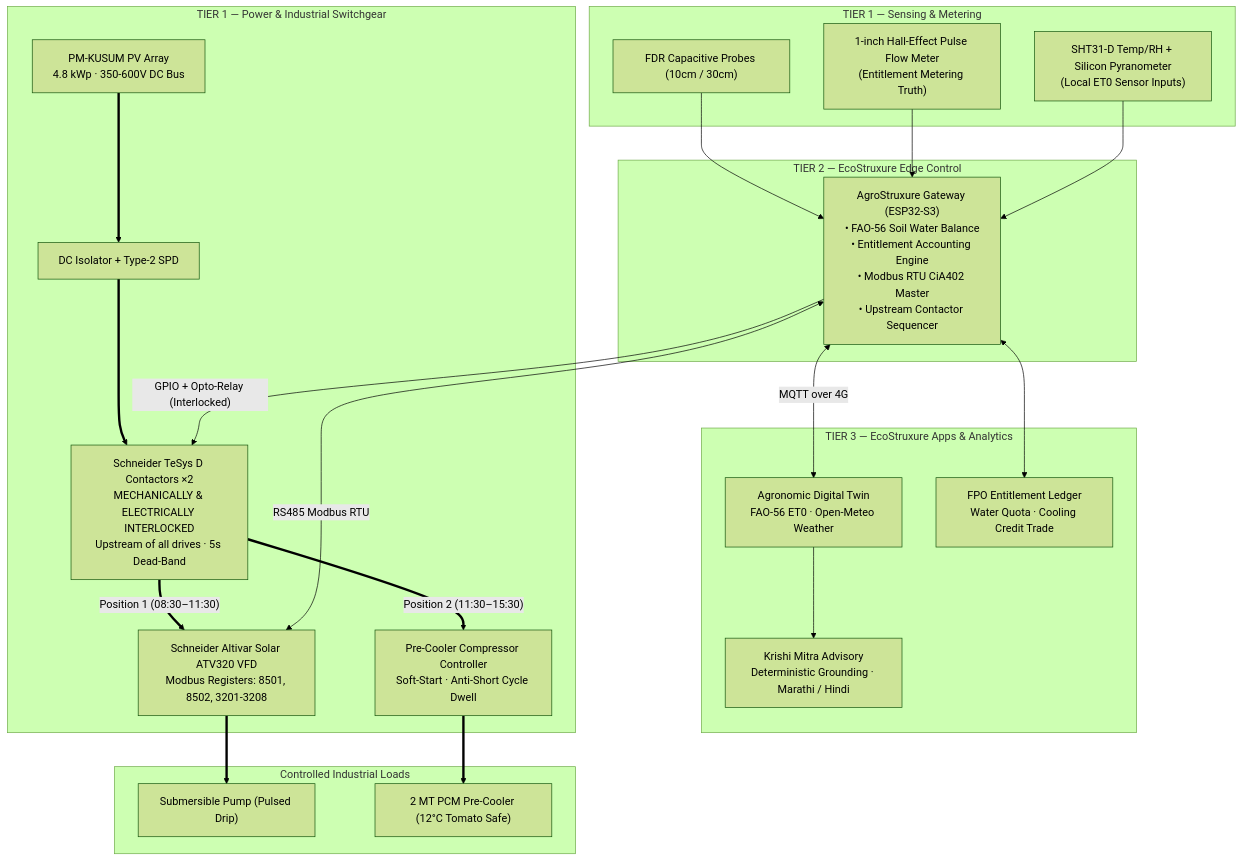
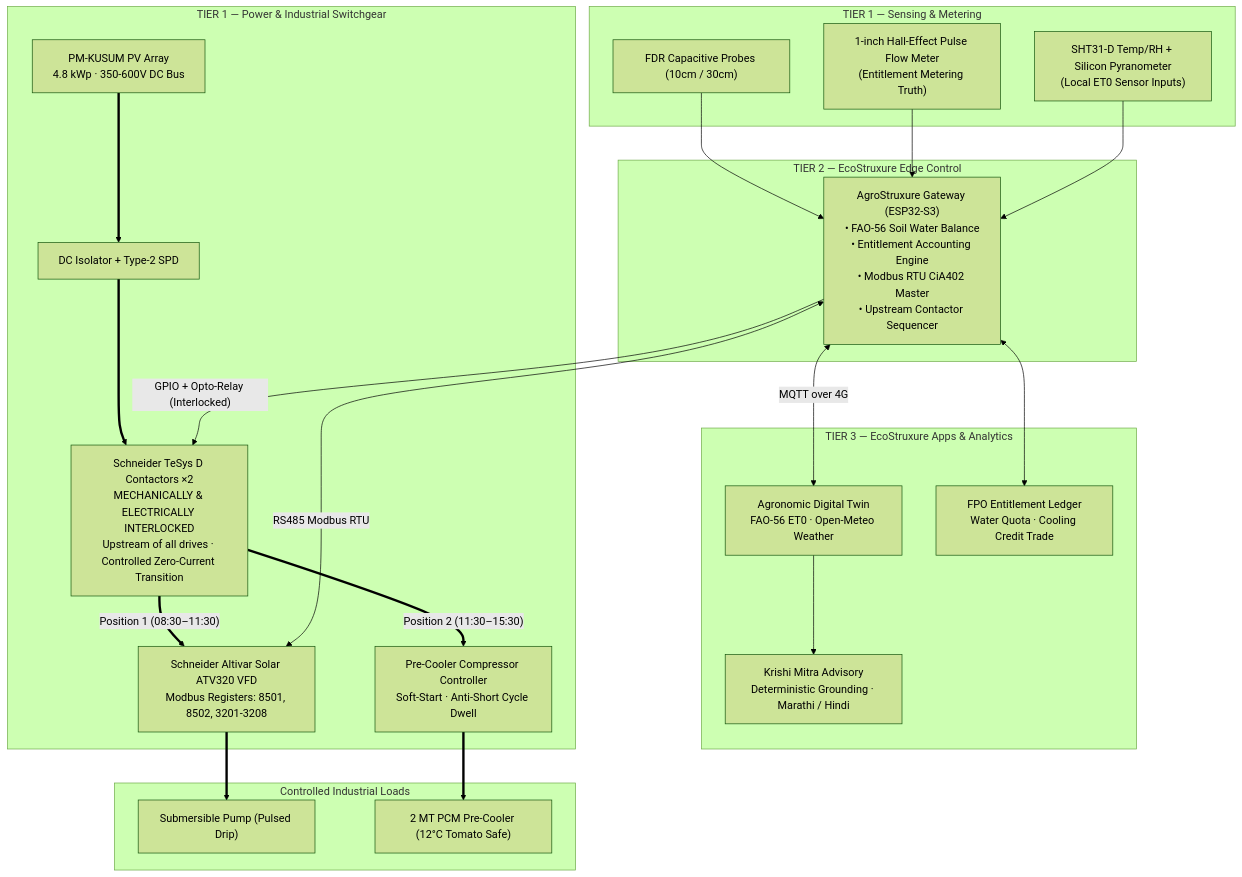
Before and after one commit to SanTiwari07/YYHackathon: the diagram in research/11_SUBMISSION/PROPOSAL.md, drawn with Mermaid (forest theme). The commit also changed other lines of this file and 28 other files, not shown here.

````diff
--- a/research/11_SUBMISSION/PROPOSAL.md
+++ b/research/11_SUBMISSION/PROPOSAL.md
@@ -103,44 +177,44 @@
 ```mermaid
 flowchart TD
     subgraph T3["TIER 3 — EcoStruxure Apps &amp; Analytics"]
         TWIN["Agronomic Digital Twin<br/>FAO-56 ET0 · Open-Meteo Weather"]
         LEDGER["FPO Entitlement Ledger<br/>Water Quota · Cooling Credit Trade"]
         COPILOT["Krishi Mitra Advisory<br/>Deterministic Grounding · Marathi / Hindi"]
     end
 
     subgraph T2["TIER 2 — EcoStruxure Edge Control"]
         MCU["AgroStruxure Gateway (ESP32-S3)<br/>• FAO-56 Soil Water Balance<br/>• Entitlement Accounting Engine<br/>• Modbus RTU CiA402 Master<br/>• Upstream Contactor Sequencer"]
     end
 
     subgraph T1S["TIER 1 — Sensing &amp; Metering"]
         FDR["FDR Capacitive Probes (10cm / 30cm)"]
         FLOW["1-inch Hall-Effect Pulse Flow Meter<br/>(Entitlement Metering Truth)"]
         MET["SHT31-D Temp/RH + Silicon Pyranometer<br/>(Local ET0 Sensor Inputs)"]
     end
 
     subgraph T1P["TIER 1 — Power &amp; Industrial Switchgear"]
         PV["PM-KUSUM PV Array<br/>4.8 kWp · 350-600V DC Bus"]
         SPD["DC Isolator + Type-2 SPD"]
-        SW["Schneider TeSys D Contactors ×2<br/>MECHANICALLY &amp; ELECTRICALLY INTERLOCKED<br/>Upstream of all drives · 5s Dead-Band"]
+        SW["Schneider TeSys D Contactors ×2<br/>MECHANICALLY &amp; ELECTRICALLY INTERLOCKED<br/>Upstream of all drives · Controlled Zero-Current Transition"]
         VFD["Schneider Altivar Solar ATV320 VFD<br/>Modbus Registers: 8501, 8502, 3201-3208"]
         COMP["Pre-Cooler Compressor Controller<br/>Soft-Start · Anti-Short Cycle Dwell"]
     end
 
     subgraph LOADS["Controlled Industrial Loads"]
         PUMP["Submersible Pump (Pulsed Drip)"]
         COLD["2 MT PCM Pre-Cooler (12°C Tomato Safe)"]
     end
 
     PV ==> SPD ==> SW
     SW ==>|"Position 1 (08:30–11:30)"| VFD ==> PUMP
     SW ==>|"Position 2 (11:30–15:30)"| COMP ==> COLD
 
     FDR --> MCU
     FLOW --> MCU
     MET --> MCU
     MCU <-->|RS485 Modbus RTU| VFD
     MCU -->|"GPIO + Opto-Relay (Interlocked)"| SW
     MCU <-->|MQTT over 4G| TWIN
     MCU <--> LEDGER
     TWIN --> COPILOT
 ```
````
